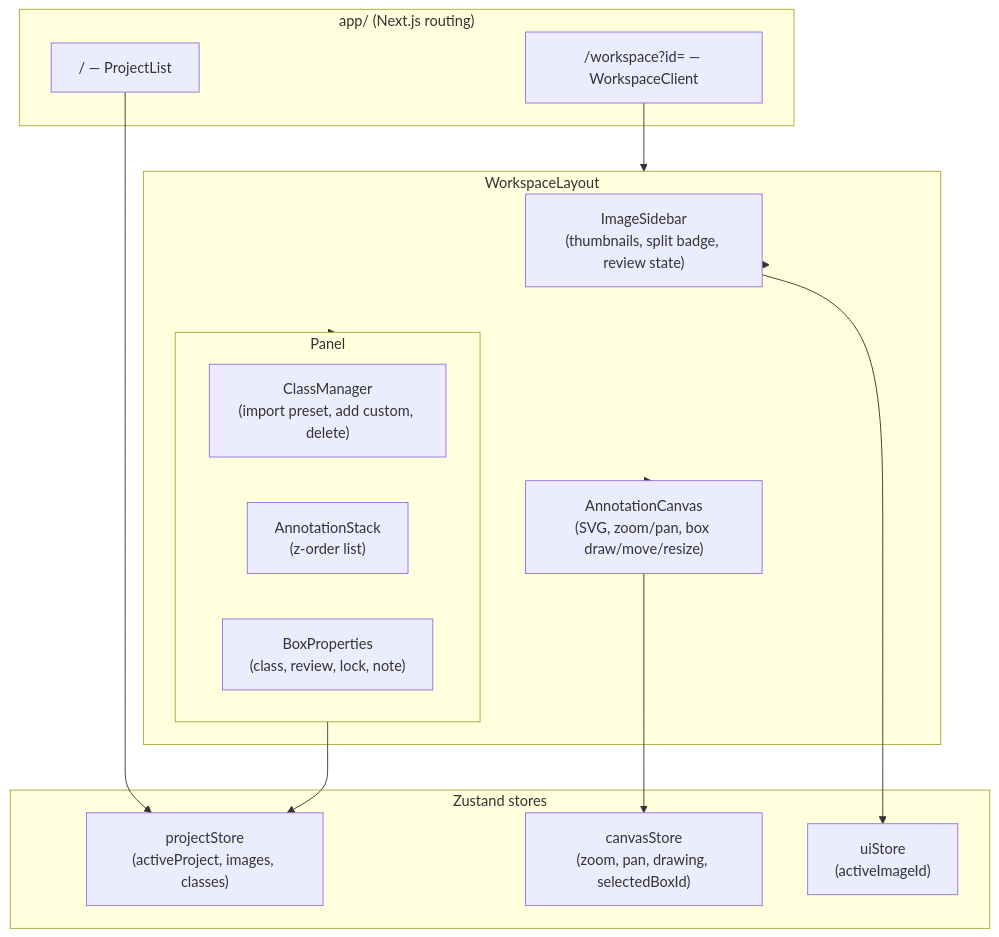
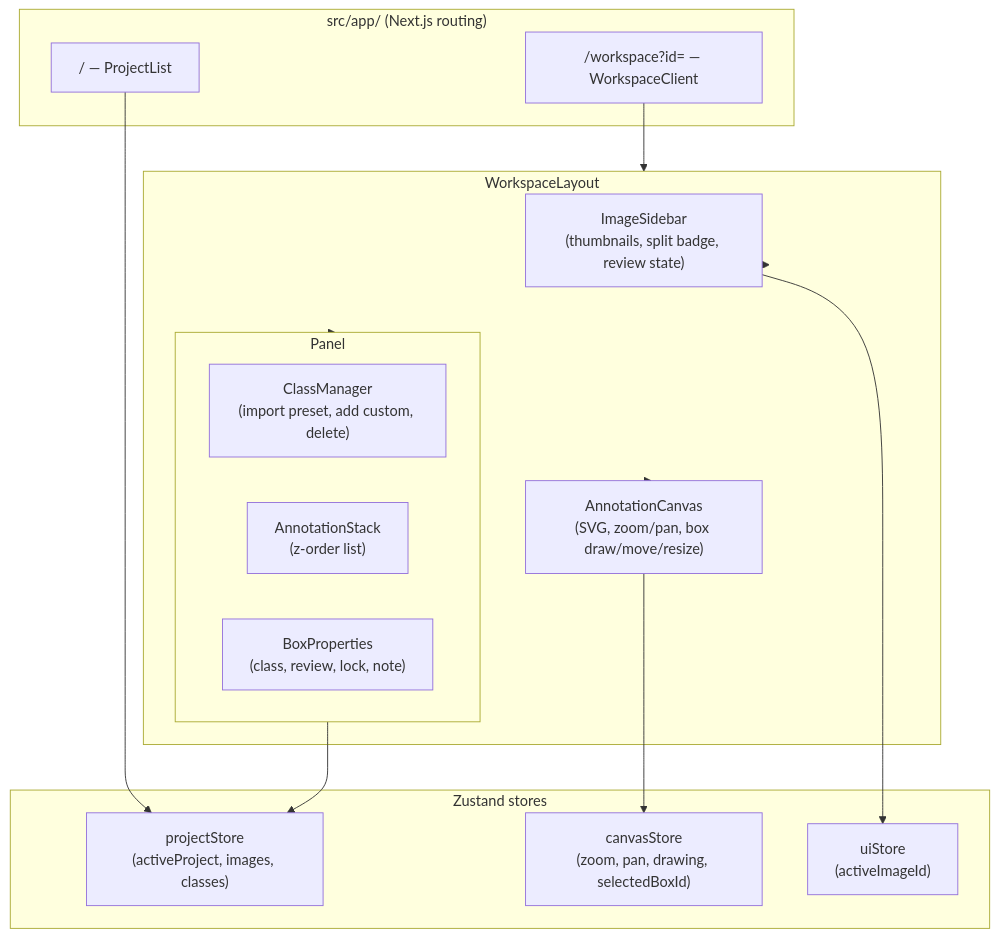
The third of 6 diagrams in docs/architecture.md (kinncj/OpenLabel), drawn with Mermaid before and after one commit. The commit also changed other lines of this file and 2 other files, not shown here.

Commit message:
update docs to reflect src/ rename

````diff
--- a/docs/architecture.md
+++ b/docs/architecture.md
@@ -73,34 +73,34 @@
 ```mermaid
 graph TD
-    subgraph Pages["app/ (Next.js routing)"]
+    subgraph Pages["src/app/ (Next.js routing)"]
         Home["/ — ProjectList"]
         Workspace["/workspace?id= — WorkspaceClient"]
     end
 
     subgraph WorkspaceLayout["WorkspaceLayout"]
         Sidebar["ImageSidebar\n(thumbnails, split badge, review state)"]
         Canvas["AnnotationCanvas\n(SVG, zoom/pan, box draw/move/resize)"]
         Panel["AnnotationPanel\n(tabs: Classes / Stack / Box)"]
     end
 
     subgraph Panel
         ClassManager["ClassManager\n(import preset, add custom, delete)"]
         AnnotationStack["AnnotationStack\n(z-order list)"]
         BoxProperties["BoxProperties\n(class, review, lock, note)"]
     end
 
     subgraph Stores["Zustand stores"]
         ProjectStore["projectStore\n(activeProject, images, classes)"]
         CanvasStore["canvasStore\n(zoom, pan, drawing, selectedBoxId)"]
         UiStore["uiStore\n(activeImageId)"]
     end
 
     Home --> ProjectStore
     Workspace --> WorkspaceLayout
     WorkspaceLayout --> Sidebar
     WorkspaceLayout --> Canvas
     WorkspaceLayout --> Panel
     Canvas --> CanvasStore
     Panel --> ProjectStore
     Sidebar --> UiStore
 ```
````
